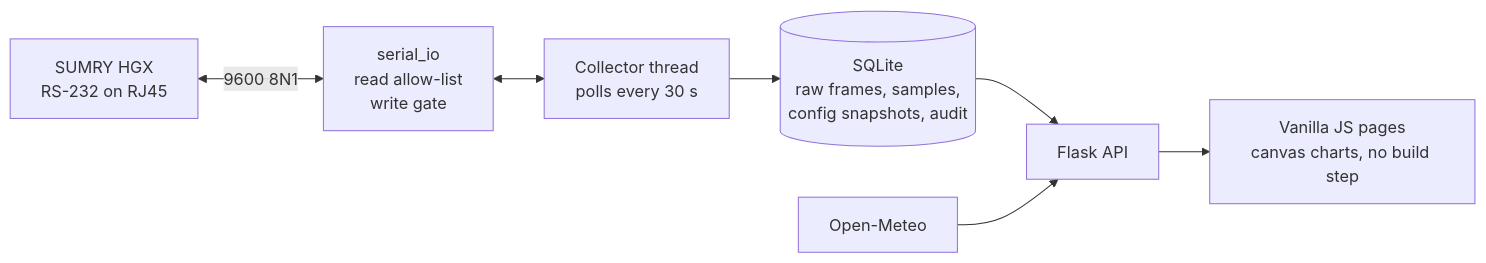
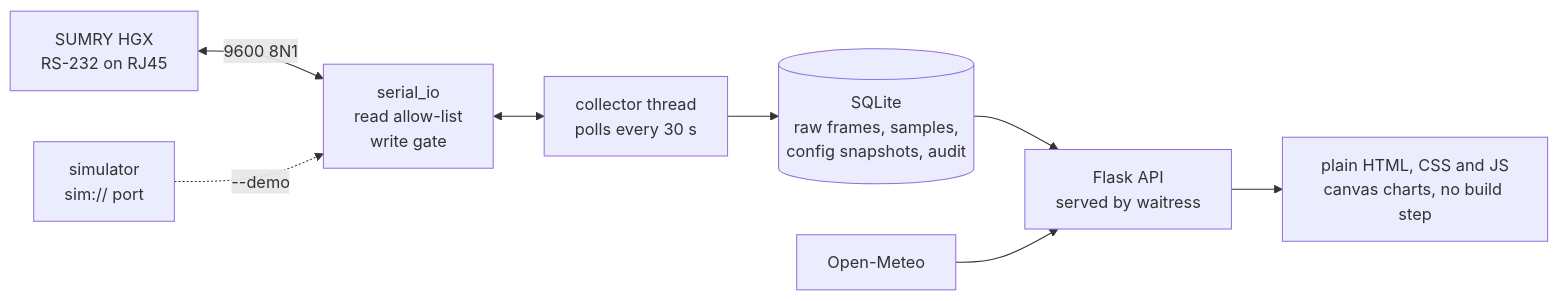
One commit to AbdelRahmanBouri/sumry-hgx-solar-monitor changed the diagram in README.md. Above: the diagram before and after it, drawn with Mermaid. The commit also changed other lines of this file and 3 other files, not shown here.

````diff
--- a/README.md
+++ b/README.md
@@ -24,9 +46,10 @@
 ```mermaid
 flowchart LR
   INV[SUMRY HGX<br>RS-232 on RJ45] <-->|9600 8N1| SER[serial_io<br>read allow-list<br>write gate]
-  SER <--> COL[Collector thread<br>polls every 30 s]
+  SIM[simulator<br>sim:// port] -.->|--demo| SER
+  SER <--> COL[collector thread<br>polls every 30 s]
   COL --> DB[(SQLite<br>raw frames, samples,<br>config snapshots, audit)]
-  DB --> API[Flask API]
+  DB --> API[Flask API<br>served by waitress]
   WX[Open-Meteo] --> API
-  API --> UI[Vanilla JS pages<br>canvas charts, no build step]
+  API --> UI[plain HTML, CSS and JS<br>canvas charts, no build step]
 ```
````
